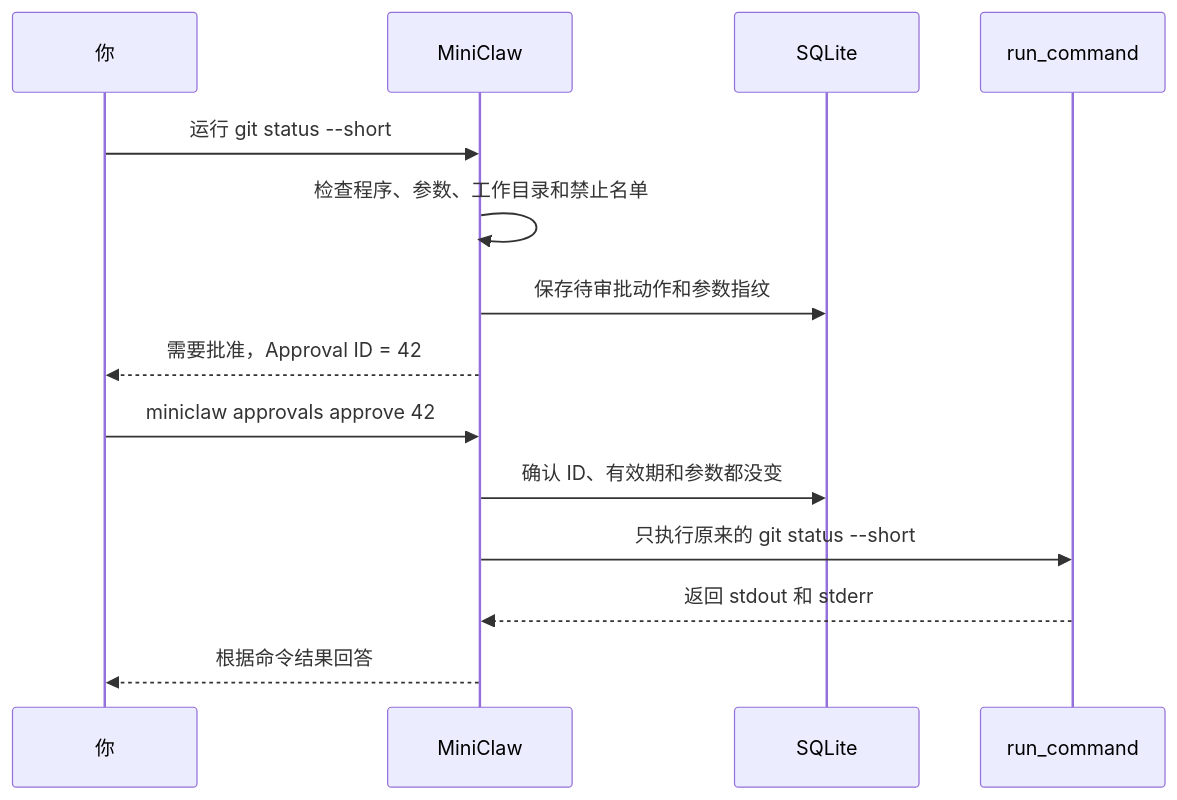
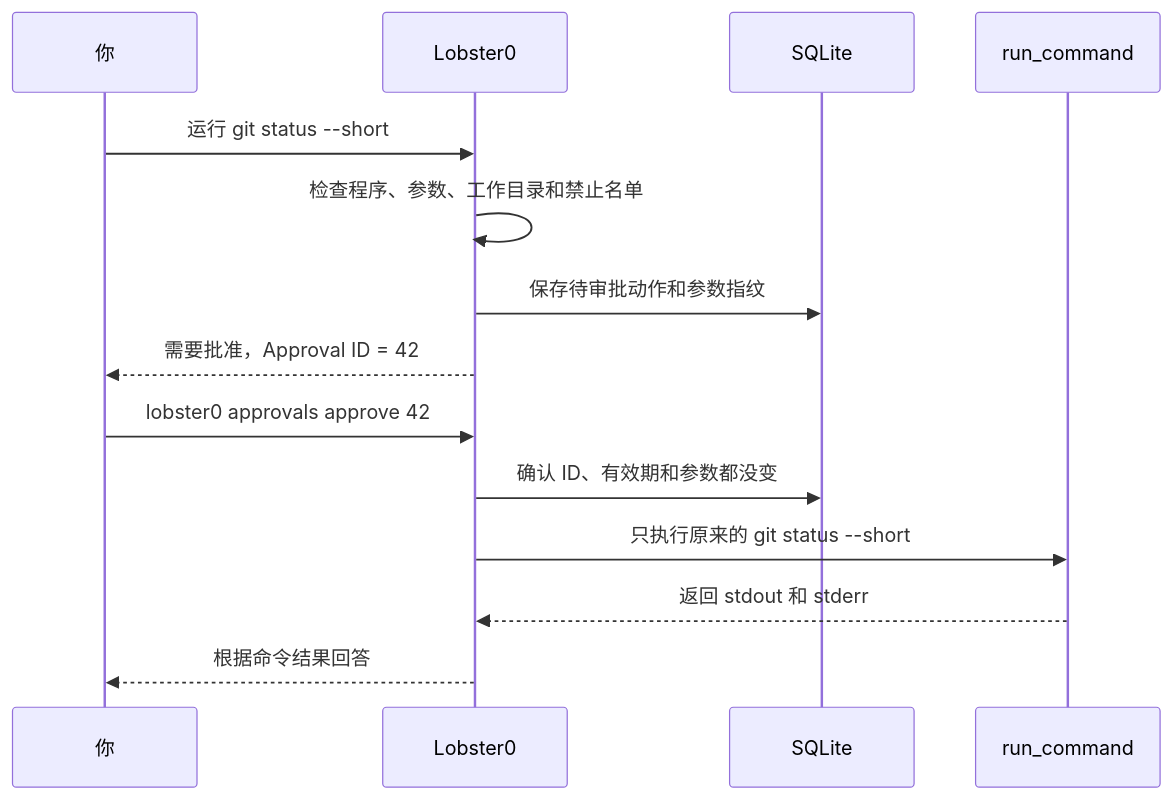
One commit to NEDONION/lobster0 changed the fifth of 17 diagrams in docs/superpowers/specs/2026-08-07-phase-2-tools-security-design.md. Above: the diagram before and after it, drawn with Mermaid. The commit also changed other lines of this file and 221 other files, not shown here.

````diff
--- a/docs/superpowers/specs/2026-08-07-phase-2-tools-security-design.md
+++ b/docs/superpowers/specs/2026-08-07-phase-2-tools-security-design.md
@@ -150,17 +150,17 @@
 ```mermaid
 sequenceDiagram
     participant You as 你
-    participant Agent as MiniClaw
+    participant Agent as Lobster0
     participant DB as SQLite
     participant Command as run_command
 
     You->>Agent: 运行 git status --short
     Agent->>Agent: 检查程序、参数、工作目录和禁止名单
     Agent->>DB: 保存待审批动作和参数指纹
     Agent-->>You: 需要批准，Approval ID = 42
-    You->>Agent: miniclaw approvals approve 42
+    You->>Agent: lobster0 approvals approve 42
     Agent->>DB: 确认 ID、有效期和参数都没变
     Agent->>Command: 只执行原来的 git status --short
     Command-->>Agent: 返回 stdout 和 stderr
     Agent-->>You: 根据命令结果回答
 ```
````
